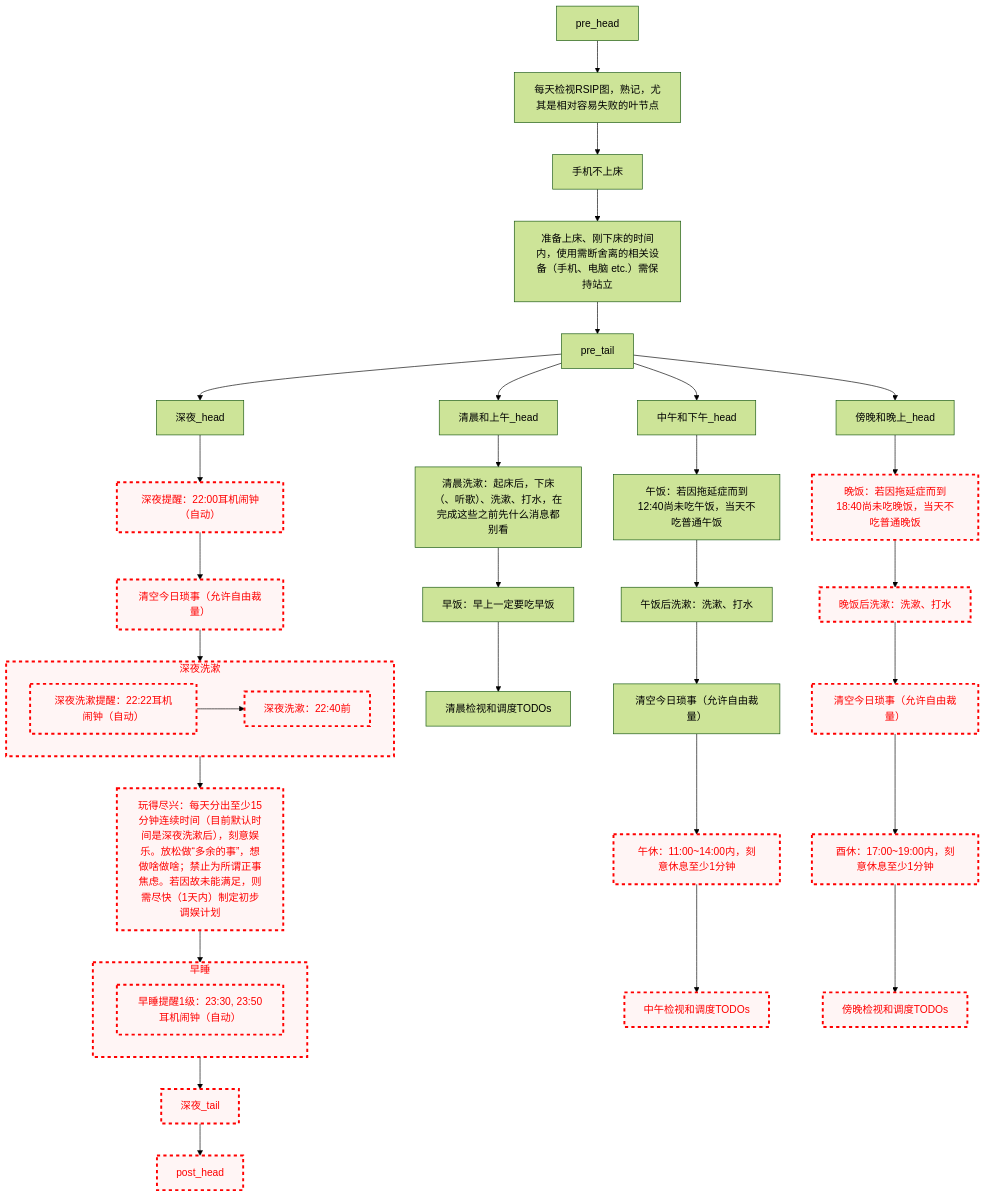
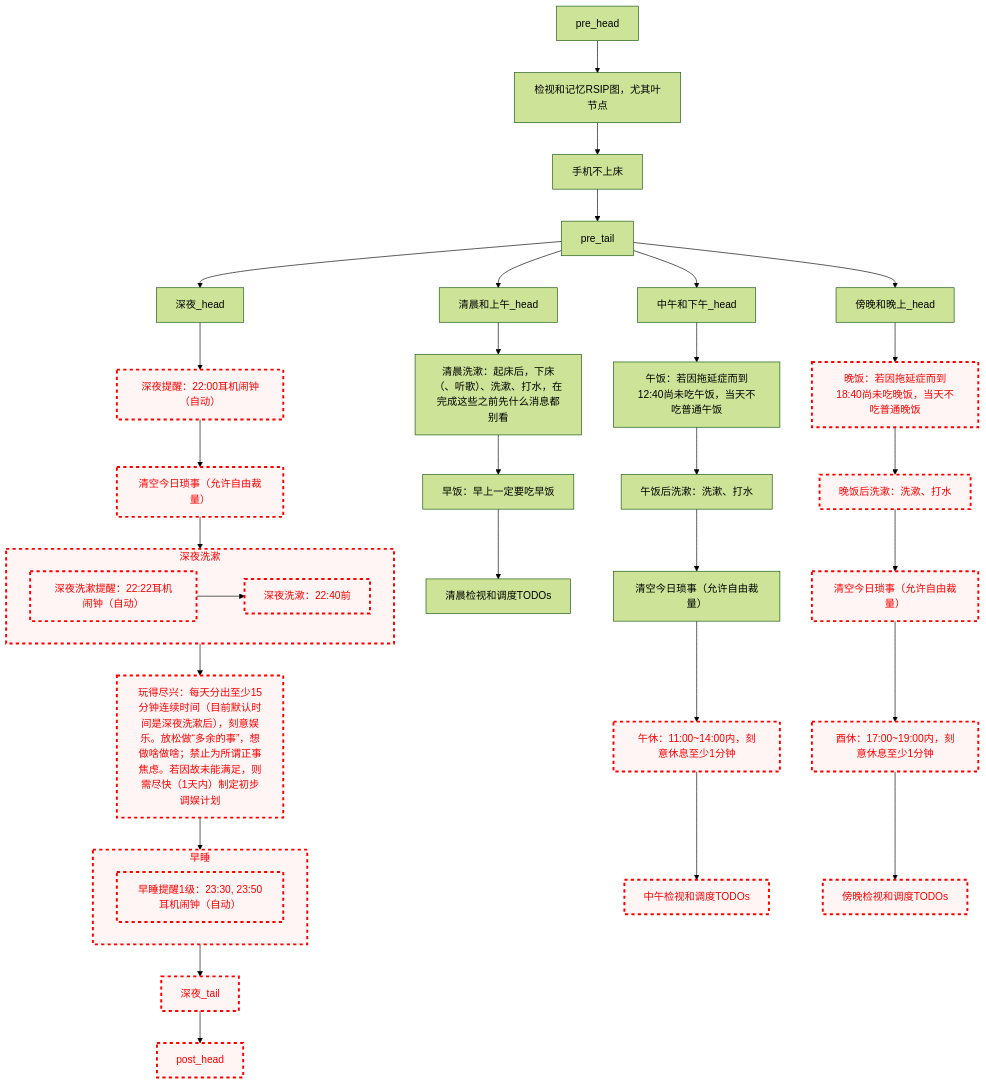
Before and after one commit to Ethkuil/RSIP-tree: the diagram in README.md, drawn with Mermaid (forest theme).

Commit message:
精简pre

````diff
--- a/README.md
+++ b/README.md
@@ -21,69 +21,69 @@
 ```mermaid
 graph TD
 
 classDef failed stroke:#ff0000, stroke-width:3px, color:#ff0000, fill:#fff5f5, stroke-dasharray: 5
 
-pre_head --> RSIP[每天检视RSIP图，熟记，尤其是相对容易失败的叶节点]
+pre_head --> RSIP[检视和记忆RSIP图，尤其叶节点]
 RSIP --> 手机不上床
-手机不上床 --> 站立使用[准备上床、刚下床的时间内，使用需断舍离的相关设备（手机、电脑 etc.）需保持站立]
-站立使用 --> pre_tail
+手机不上床 --> pre_tail
 
 
 pre_tail --> 清晨和上午_head
 清晨和上午_head --> 清晨洗漱
 清晨洗漱[清晨洗漱：起床后，下床（、听歌）、洗漱、打水，在完成这些之前先什么消息都别看]
 清晨洗漱 --> 早饭[早饭：早上一定要吃早饭]
 早饭 --> 清晨看TODO[清晨检视和调度TODOs]
 
 
 pre_tail --> 中午和下午_head
 中午和下午_head --> 午饭[午饭：若因拖延症而到12:40尚未吃午饭，当天不吃普通午饭]
 午饭 --> 午饭后洗漱[午饭后洗漱：洗漱、打水]
 午饭后洗漱 --> 中午今日琐事[清空今日琐事（允许自由裁量）]
 中午今日琐事 --> 午休[午休：11:00~14:00内，刻意休息至少1分钟]
 class 午休 failed
 午休 --> 中午看TODO[中午检视和调度TODOs]
 class 中午看TODO failed
 
 
 pre_tail --> 傍晚和晚上_head
 傍晚和晚上_head --> 晚饭[晚饭：若因拖延症而到18:40尚未吃晚饭，当天不吃普通晚饭]
 class 晚饭 failed
 晚饭 --> 晚饭后洗漱[晚饭后洗漱：洗漱、打水]
 class 晚饭后洗漱 failed
 晚饭后洗漱 --> 傍晚今日琐事[清空今日琐事（允许自由裁量）]
 class 傍晚今日琐事 failed
 傍晚今日琐事 --> 酉休[酉休：17:00~19:00内，刻意休息至少1分钟]
 class 酉休 failed
 酉休 --> 傍晚看TODO[傍晚检视和调度TODOs]
 class 傍晚看TODO failed
 
 
 pre_tail --> 深夜_head
 深夜_head --> 深夜提醒[深夜提醒：22:00耳机闹钟（自动）]
 class 深夜提醒 failed
 深夜提醒 --> 深夜今日琐事[清空今日琐事（允许自由裁量）]
 class 深夜今日琐事 failed
 深夜今日琐事 --> 深夜洗漱
 subgraph 深夜洗漱
   深夜洗漱提醒[深夜洗漱提醒：22:22耳机闹钟（自动）]
   class 深夜洗漱提醒 failed
   深夜洗漱提醒 --> 深夜洗漱执行[深夜洗漱：22:40前]
   class 深夜洗漱执行 failed
 end
 class 深夜洗漱 failed
 深夜洗漱 --> 玩得尽兴[玩得尽兴：每天分出至少15分钟连续时间（目前默认时间是深夜洗漱后），刻意娱乐。放松做“多余的事”，想做啥做啥；禁止为所谓正事焦虑。若因故未能满足，则需尽快（1天内）制定初步调娱计划]
 class 玩得尽兴 failed
 
 玩得尽兴 --> 早睡
 subgraph 早睡
   早睡提醒1级[早睡提醒1级：23:30, 23:50耳机闹钟（自动）]
   class 早睡提醒1级 failed
 end
 class 早睡 failed
 早睡 --> 深夜_tail
 class 深夜_tail failed
 
+
 深夜_tail --> post_head
 class post_head failed
 ```
````
